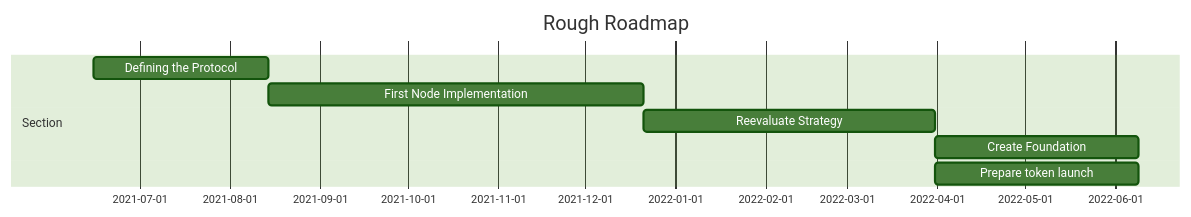
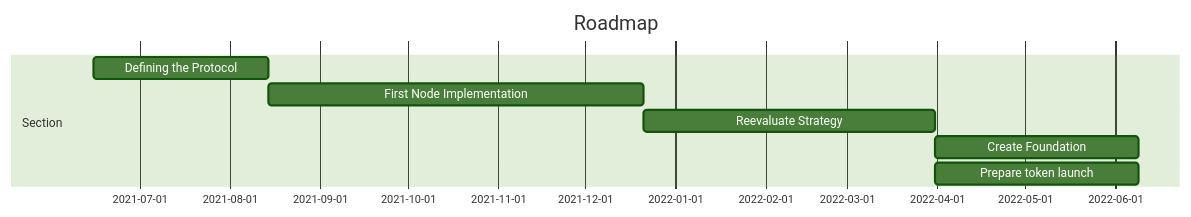
Before and after one commit to pognetwork/specification: the diagram in specification/README.md, drawn with Mermaid (forest theme). The commit also changed other lines of this file and 14 other files, not shown here.

````diff
--- a/specification/README.md
+++ b/specification/README.md
@@ -22,11 +22,11 @@
 ```mermaid
 gantt
-    title Rough Roadmap
+    title Roadmap
     dateFormat  YYYY-MM-DD
     section Section
     Defining the Protocol   :a1, 2021-06-15, 60d
     First Node Implementation    :a2, after a1, 129d
     Reevaluate Strategy    :a3, after a2, 100d
     Create Foundation    :after a3, 70d
     Prepare token launch    :after a3, 70d
 ```
````
